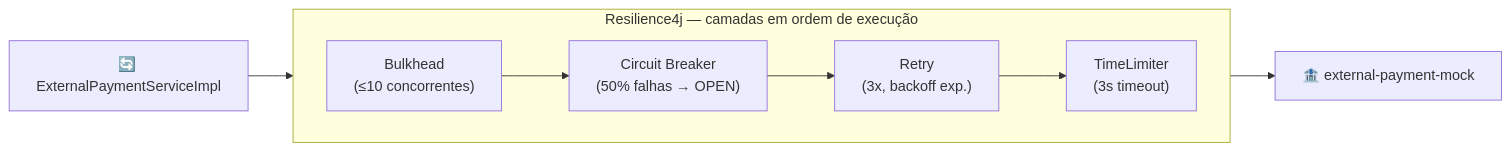
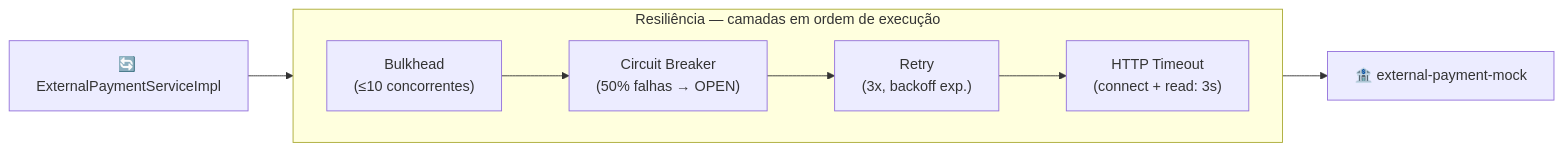
Diagram 13 of 13 in README.md (vnoxiaene/pos-transactions), drawn with Mermaid before and after one commit. The commit also changed other lines of this file and 8 other files, not shown here.

````diff
--- a/README.md
+++ b/README.md
@@ -651,18 +651,18 @@
 ```mermaid
 graph LR
     EPS["🔄 ExternalPaymentServiceImpl"]
 
-    subgraph resilience["Resilience4j — camadas em ordem de execução"]
+    subgraph resilience["Resiliência — camadas em ordem de execução"]
         direction LR
         BH["Bulkhead\n(≤10 concorrentes)"]
         CB["Circuit Breaker\n(50% falhas → OPEN)"]
         RT["Retry\n(3x, backoff exp.)"]
-        TL["TimeLimiter\n(3s timeout)"]
-        BH --> CB --> RT --> TL
+        TO["HTTP Timeout\n(connect + read: 3s)"]
+        BH --> CB --> RT --> TO
     end
 
     MOCK["🏦 external-payment-mock"]
 
     EPS --> BH
-    TL --> MOCK
+    TO --> MOCK
 ```
````
